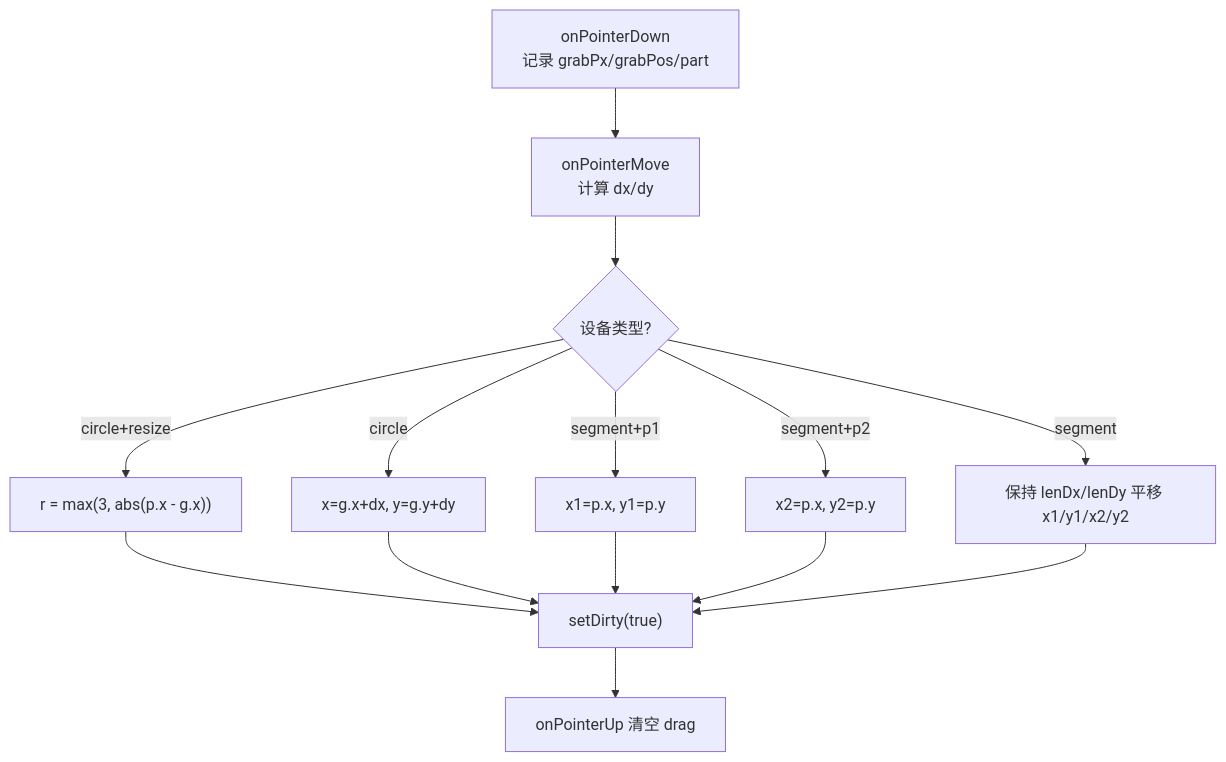
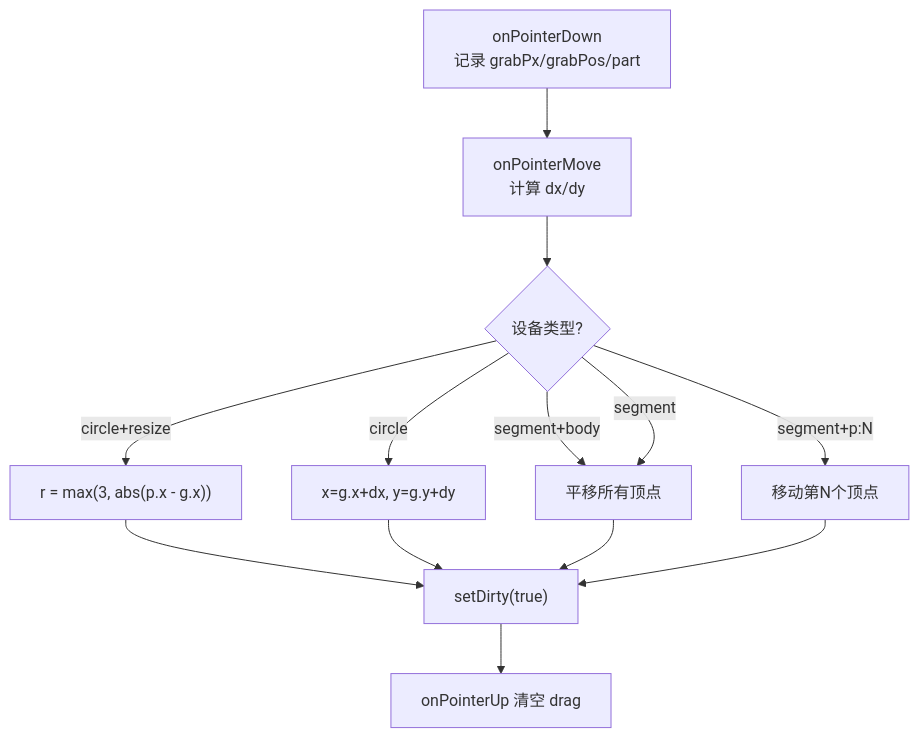
The fourth of 10 diagrams in .qoder/repowiki/zh/content/Web控制台/布局编辑器.md (zh79325/opple-cloud-adapter), drawn with Mermaid before and after one commit. The commit also changed other lines of this file and 28 other files, not shown here.

````diff
--- a/.qoder/repowiki/zh/content/Web控制台/布局编辑器.md
+++ b/.qoder/repowiki/zh/content/Web控制台/布局编辑器.md
@@ -142,16 +152,15 @@
 ```mermaid
 flowchart TD
 Down["onPointerDown<br/>记录 grabPx/grabPos/part"] --> Move["onPointerMove<br/>计算 dx/dy"]
 Move --> Kind{"设备类型?"}
 Kind --> |circle+resize| Resize["r = max(3, abs(p.x - g.x))"]
 Kind --> |circle| MoveCircle["x=g.x+dx, y=g.y+dy"]
-Kind --> |segment+p1| SetP1["x1=p.x, y1=p.y"]
-Kind --> |segment+p2| SetP2["x2=p.x, y2=p.y"]
-Kind --> |segment| MoveSeg["保持 lenDx/lenDy 平移 x1/y1/x2/y2"]
+Kind --> |segment+body| MoveSeg["平移所有顶点"]
+Kind --> |segment+p:N| MoveVertex["移动第N个顶点"]
+Kind --> |segment| MoveSeg
 Resize --> Dirty["setDirty(true)"]
 MoveCircle --> Dirty
-SetP1 --> Dirty
-SetP2 --> Dirty
 MoveSeg --> Dirty
+MoveVertex --> Dirty
 Dirty --> Up["onPointerUp 清空 drag"]
 ```
````
